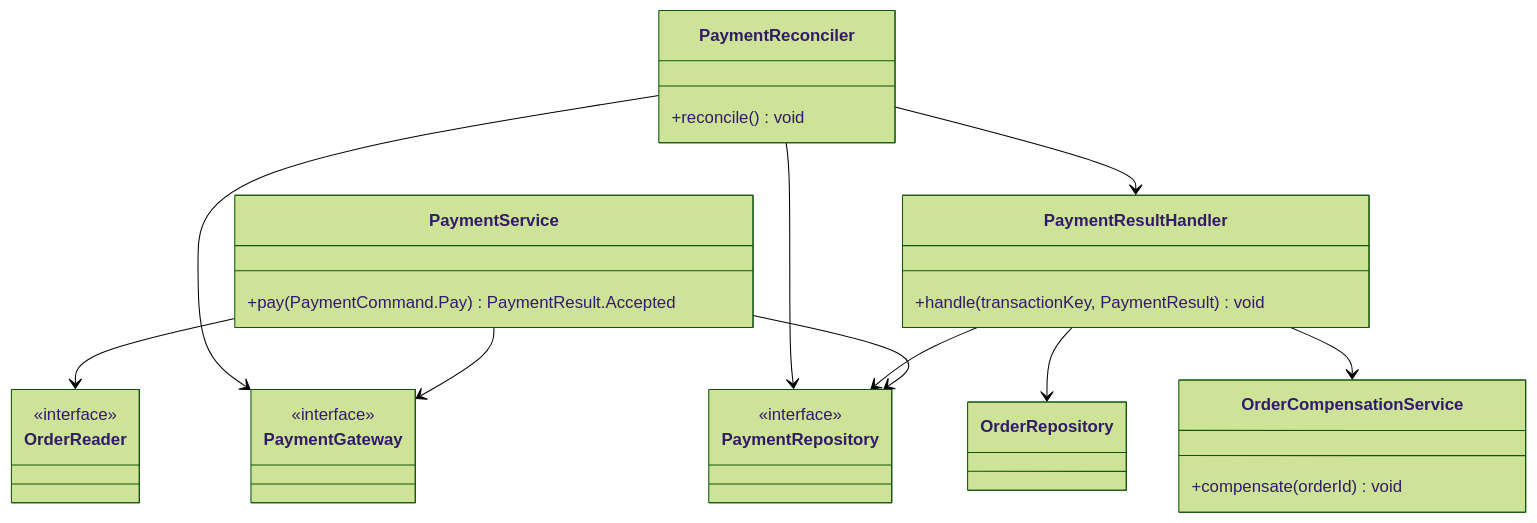
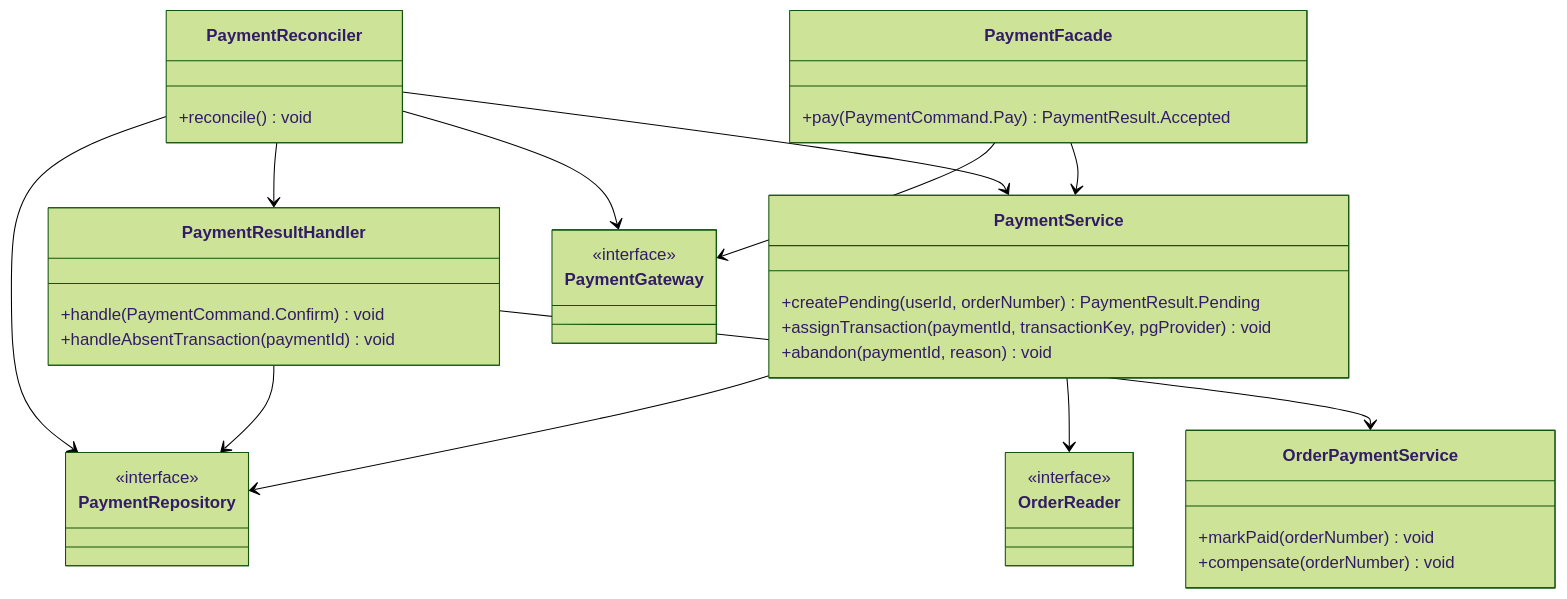
Before and after one commit to loopers-labs/loop-pack-be-l2-vol4-java: the second of 4 diagrams in docs/week6/03-class-diagram.md, drawn with Mermaid (forest theme). The commit also changed other lines of this file and 4 other files, not shown here.

Commit message:
docs: 결제 정합성 보정 용어 통일(대사·sweep 제거)·order_number 유니크 제약 반영

````diff
--- a/docs/week6/03-class-diagram.md
+++ b/docs/week6/03-class-diagram.md
@@ -82,38 +82,47 @@
 ```mermaid
 classDiagram
-    class PaymentService {
+    class PaymentFacade {
         +pay(PaymentCommand.Pay) PaymentResult.Accepted
     }
 
+    class PaymentService {
+        +createPending(userId, orderNumber) PaymentResult.Pending
+        +assignTransaction(paymentId, transactionKey, pgProvider) void
+        +abandon(paymentId, reason) void
+    }
+
     class PaymentResultHandler {
-        +handle(transactionKey, PaymentResult) void
+        +handle(PaymentCommand.Confirm) void
+        +handleAbsentTransaction(paymentId) void
     }
 
     class PaymentReconciler {
         +reconcile() void
     }
 
-    class OrderCompensationService {
-        +compensate(orderId) void
+    class OrderPaymentService {
+        +markPaid(orderNumber) void
+        +compensate(orderNumber) void
     }
 
     class PaymentGateway {
         <<interface>>
     }
     class PaymentRepository {
         <<interface>>
     }
     class OrderReader {
         <<interface>>
     }
 
+    PaymentFacade --> PaymentService
+    PaymentFacade --> PaymentGateway
     PaymentService --> PaymentRepository
-    PaymentService --> PaymentGateway
     PaymentService --> OrderReader
     PaymentResultHandler --> PaymentRepository
-    PaymentResultHandler --> OrderRepository
-    PaymentResultHandler --> OrderCompensationService
+    PaymentResultHandler --> OrderPaymentService
     PaymentReconciler --> PaymentRepository
     PaymentReconciler --> PaymentGateway
     PaymentReconciler --> PaymentResultHandler
+    PaymentReconciler --> PaymentService
 ```
````
